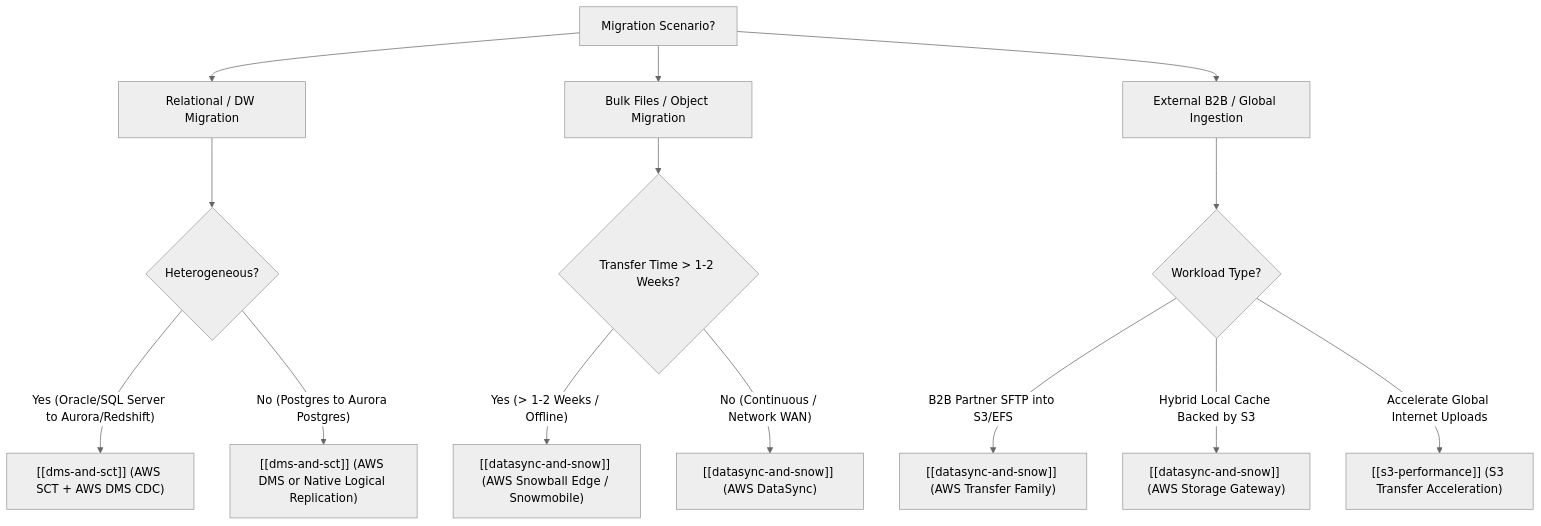
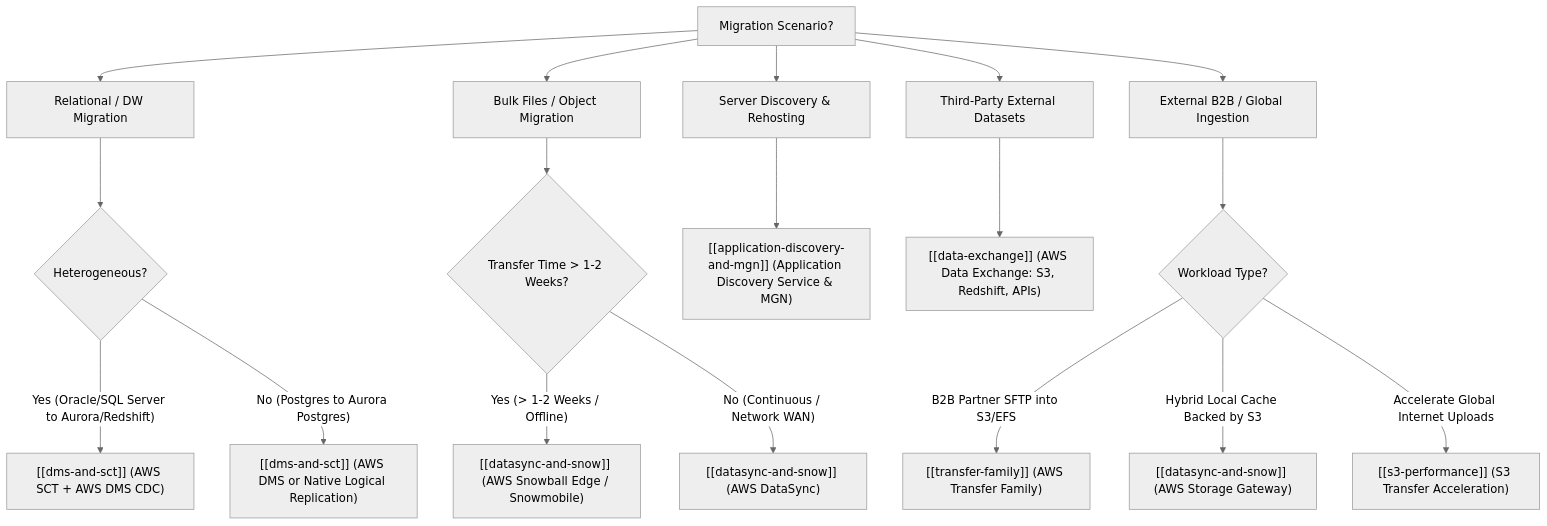
One commit to Wathon/aws-dea-c01-note changed the second of 2 diagrams in content/04-exam-tips/service-comparisons.md. Above: the diagram before and after it, drawn with Mermaid (neutral theme). The commit also changed other lines of this file and 8 other files, not shown here.

Commit message:
feat(migration): add complete study notes for Application Discovery Service, AWS MGN, AWS Data Exchange, and AWS Transfer Family

````diff
--- a/content/04-exam-tips/service-comparisons.md
+++ b/content/04-exam-tips/service-comparisons.md
@@ -88,19 +88,24 @@
 ```mermaid
 graph TD
     MigrationScenario[Migration Scenario?] --> RelationalDB[Relational / DW Migration]
     MigrationScenario --> BulkFiles[Bulk Files / Object Migration]
+    MigrationScenario --> ServerRehost[Server Discovery & Rehosting]
+    MigrationScenario --> ThirdPartyData[Third-Party External Datasets]
     MigrationScenario --> ClientUploads[External B2B / Global Ingestion]
 
     RelationalDB --> HeteroCheck{Heterogeneous?}
     HeteroCheck -->|"Yes (Oracle/SQL Server to Aurora/Redshift)"| SCT_DMS["[[dms-and-sct]] (AWS SCT + AWS DMS CDC)"]
     HeteroCheck -->|"No (Postgres to Aurora Postgres)"| Native_DMS["[[dms-and-sct]] (AWS DMS or Native Logical Replication)"]
 
     BulkFiles --> BandwidthCheck{Transfer Time > 1-2 Weeks?}
     BandwidthCheck -->|"Yes (> 1-2 Weeks / Offline)"| SnowFam["[[datasync-and-snow]] (AWS Snowball Edge / Snowmobile)"]
     BandwidthCheck -->|"No (Continuous / Network WAN)"| DataSync["[[datasync-and-snow]] (AWS DataSync)"]
 
+    ServerRehost --> Discovery["[[application-discovery-and-mgn]] (Application Discovery Service & MGN)"]
+    ThirdPartyData --> DataEx["[[data-exchange]] (AWS Data Exchange: S3, Redshift, APIs)"]
+
     ClientUploads --> UseCaseCheck{Workload Type?}
-    UseCaseCheck -->|"B2B Partner SFTP into S3/EFS"| TransferFam["[[datasync-and-snow]] (AWS Transfer Family)"]
+    UseCaseCheck -->|"B2B Partner SFTP into S3/EFS"| TransferFam["[[transfer-family]] (AWS Transfer Family)"]
     UseCaseCheck -->|"Hybrid Local Cache Backed by S3"| StorageGW["[[datasync-and-snow]] (AWS Storage Gateway)"]
     UseCaseCheck -->|"Accelerate Global Internet Uploads"| S3TA["[[s3-performance]] (S3 Transfer Acceleration)"]
 ```
````
